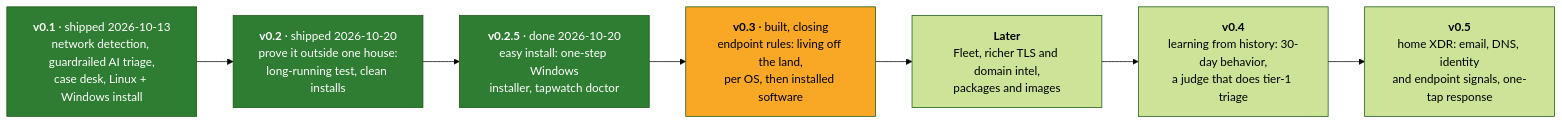
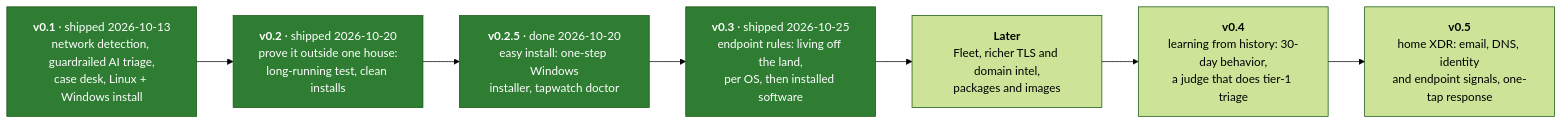
Before and after one commit to barnabys-drew/tapwatch: the diagram in docs/ROADMAP.md, drawn with Mermaid (forest theme). The commit also changed other lines of this file, not shown here.

First line of the commit message:
Roadmap: v0.3 shipped as v0.3.0

````diff
--- a/docs/ROADMAP.md
+++ b/docs/ROADMAP.md
@@ -6,15 +6,15 @@
 ```mermaid
 flowchart LR
     A["<b>v0.1</b> · shipped 2026-10-13<br/>network detection, guardrailed AI triage,<br/>case desk, Linux + Windows install"]
     B["<b>v0.2</b> · shipped 2026-10-20<br/>prove it outside one house:<br/>long-running test, clean installs"]
     B2["<b>v0.2.5</b> · done 2026-10-20<br/>easy install: one-step Windows<br/>installer, tapwatch doctor"]
-    C["<b>v0.3</b> · built, closing<br/>endpoint rules: living off the land,<br/>per OS, then installed software"]
+    C["<b>v0.3</b> · shipped 2026-10-25<br/>endpoint rules: living off the land,<br/>per OS, then installed software"]
     D["<b>Later</b><br/>Fleet, richer TLS and domain intel,<br/>packages and images"]
     E["<b>v0.4</b><br/>learning from history: 30-day behavior,<br/>a judge that does tier-1 triage"]
     F["<b>v0.5</b><br/>home XDR: email, DNS, identity<br/>and endpoint signals, one-tap response"]
     A --> B --> B2 --> C --> D --> E --> F
     style A fill:#2e7d32,color:#fff
     style B fill:#2e7d32,color:#fff
     style B2 fill:#2e7d32,color:#fff
-    style C fill:#f9a825,color:#000
+    style C fill:#2e7d32,color:#fff
 ```
````
